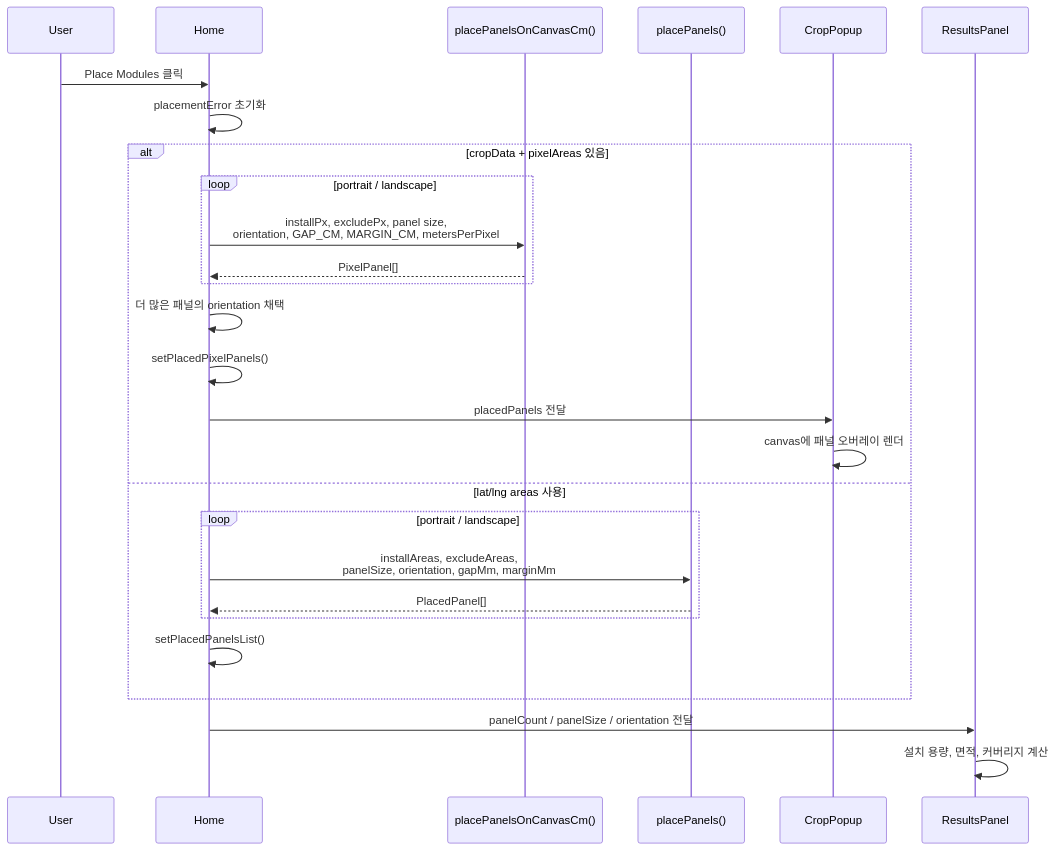
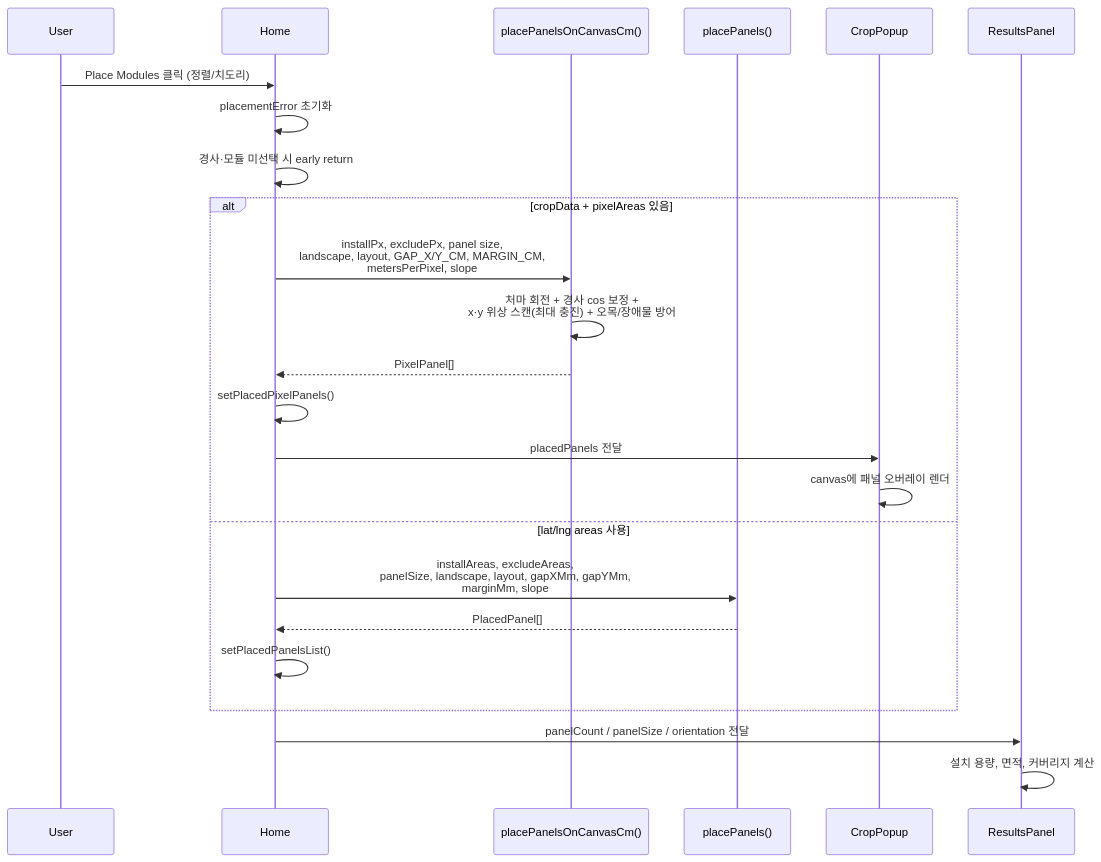
Before and after one commit to nalpari/solar-pv-system: the sixth of 7 diagrams in docs/sequence-diagrams.md, drawn with Mermaid. The commit also changed 2 other files, not shown here.

Commit message:
docs: 모듈 배치 엔진 변경 반영 (경사·처마선 기준·최대 충진)

````diff
--- a/docs/sequence-diagrams.md
+++ b/docs/sequence-diagrams.md
@@ -128,32 +128,29 @@
 ```mermaid
 sequenceDiagram
     participant U as User
     participant H as Home
     participant PC as placePanelsOnCanvasCm()
     participant PL as placePanels()
     participant CP as CropPopup
     participant RP as ResultsPanel
 
-    U->>H: Place Modules 클릭
+    U->>H: Place Modules 클릭 (정렬/치도리)
     H->>H: placementError 초기화
+    H->>H: 경사·모듈 미선택 시 early return
 
     alt cropData + pixelAreas 있음
-        loop portrait / landscape
-            H->>PC: installPx, excludePx, panel size,<br/>orientation, GAP_CM, MARGIN_CM, metersPerPixel
-            PC-->>H: PixelPanel[]
-        end
-        H->>H: 더 많은 패널의 orientation 채택
+        H->>PC: installPx, excludePx, panel size,<br/>landscape, layout, GAP_X/Y_CM, MARGIN_CM,<br/>metersPerPixel, slope
+        PC->>PC: 처마 회전 + 경사 cos 보정 +<br/>x·y 위상 스캔(최대 충진) + 오목/장애물 방어
+        PC-->>H: PixelPanel[]
         H->>H: setPlacedPixelPanels()
         H->>CP: placedPanels 전달
         CP->>CP: canvas에 패널 오버레이 렌더
     else lat/lng areas 사용
-        loop portrait / landscape
-            H->>PL: installAreas, excludeAreas,<br/>panelSize, orientation, gapMm, marginMm
-            PL-->>H: PlacedPanel[]
-        end
+        H->>PL: installAreas, excludeAreas,<br/>panelSize, landscape, layout, gapXMm, gapYMm,<br/>marginMm, slope
+        PL-->>H: PlacedPanel[]
         H->>H: setPlacedPanelsList()
     end
 
     H->>RP: panelCount / panelSize / orientation 전달
     RP->>RP: 설치 용량, 면적, 커버리지 계산
 ```
````
